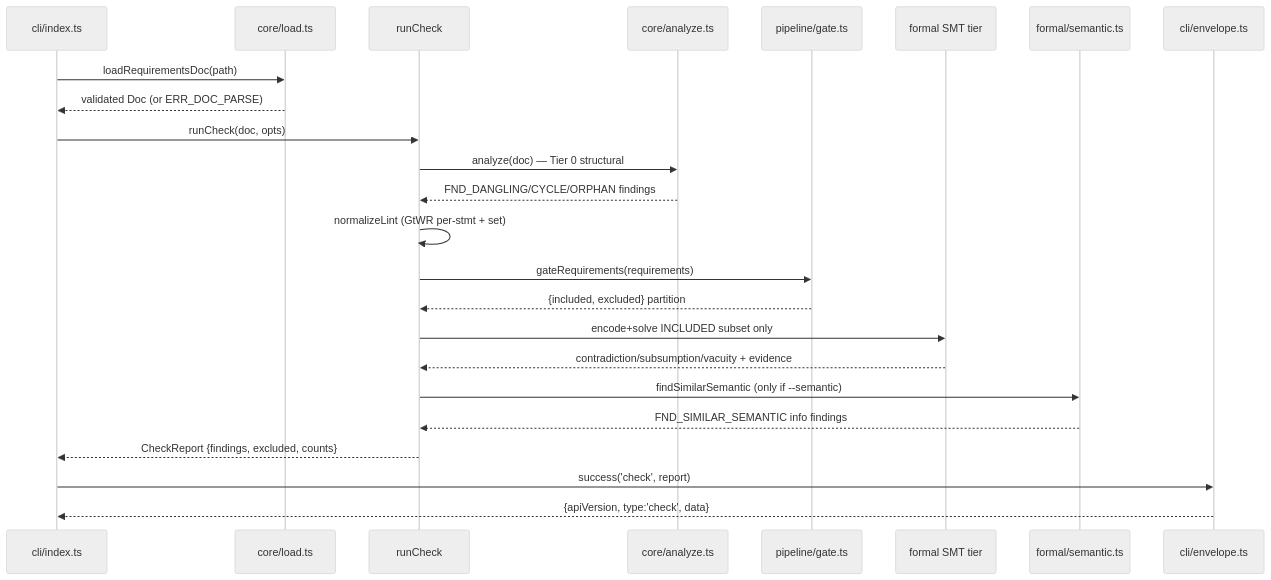
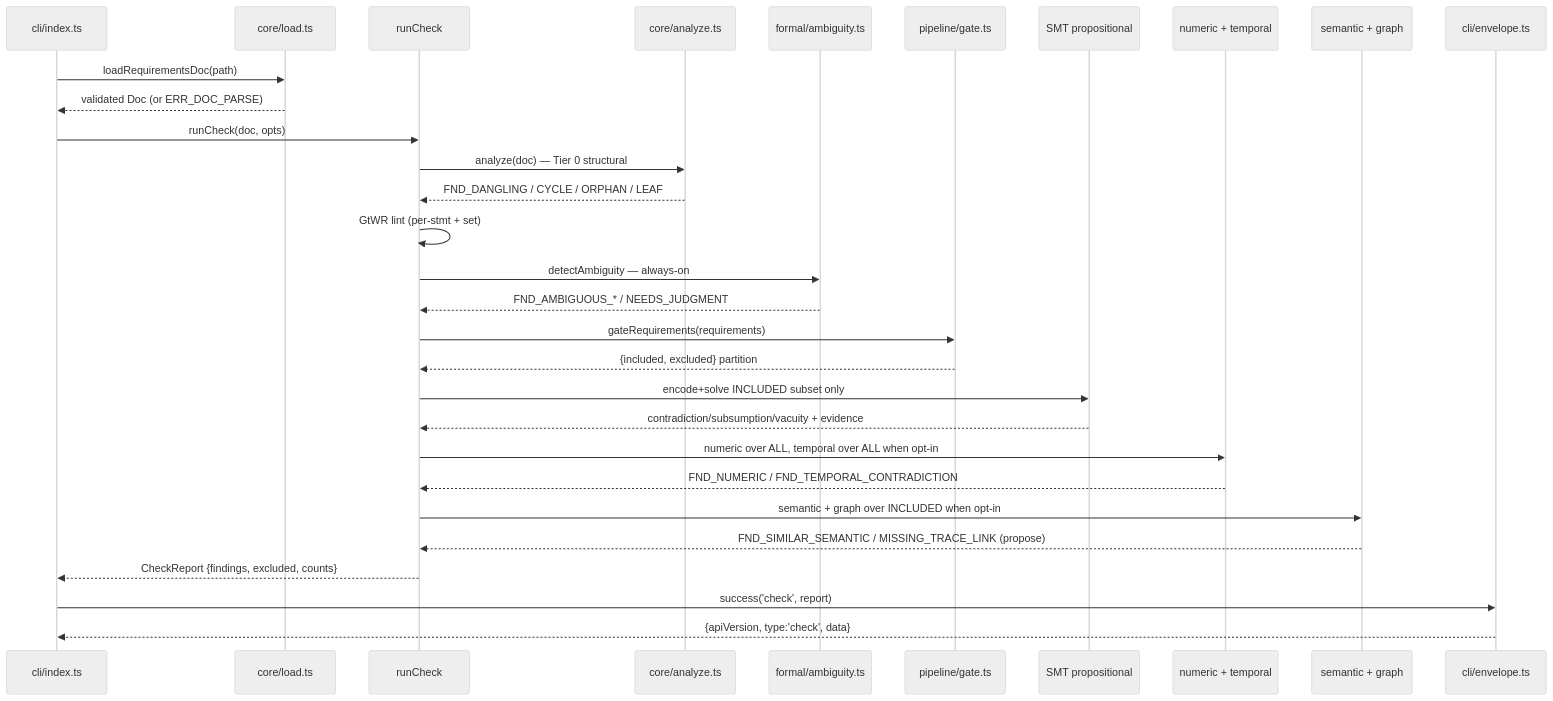
Before and after one commit to theagenticguy/symspec: the first of 3 diagrams in docs/architecture/data-flow.md, drawn with Mermaid (neutral theme). The commit also changed other lines of this file and 19 other files, not shown here.

````diff
--- a/docs/architecture/data-flow.md
+++ b/docs/architecture/data-flow.md
@@ -11,26 +11,32 @@
 ```mermaid
 sequenceDiagram
     participant CLI as cli/index.ts
     participant Load as core/load.ts
     participant Run as runCheck
     participant An as core/analyze.ts
+    participant Amb as formal/ambiguity.ts
     participant Gate as pipeline/gate.ts
-    participant SMT as formal SMT tier
-    participant Sem as formal/semantic.ts
+    participant SMT as SMT propositional
+    participant Num as numeric + temporal
+    participant Sem as semantic + graph
     participant Env as cli/envelope.ts
     CLI->>Load: loadRequirementsDoc(path)
     Load-->>CLI: validated Doc (or ERR_DOC_PARSE)
     CLI->>Run: runCheck(doc, opts)
     Run->>An: analyze(doc) — Tier 0 structural
-    An-->>Run: FND_DANGLING/CYCLE/ORPHAN findings
-    Run->>Run: normalizeLint (GtWR per-stmt + set)
+    An-->>Run: FND_DANGLING / CYCLE / ORPHAN / LEAF
+    Run->>Run: GtWR lint (per-stmt + set)
+    Run->>Amb: detectAmbiguity — always-on
+    Amb-->>Run: FND_AMBIGUOUS_* / NEEDS_JUDGMENT
     Run->>Gate: gateRequirements(requirements)
     Gate-->>Run: {included, excluded} partition
     Run->>SMT: encode+solve INCLUDED subset only
     SMT-->>Run: contradiction/subsumption/vacuity + evidence
-    Run->>Sem: findSimilarSemantic (only if --semantic)
-    Sem-->>Run: FND_SIMILAR_SEMANTIC info findings
+    Run->>Num: numeric over ALL, temporal over ALL when opt-in
+    Num-->>Run: FND_NUMERIC / FND_TEMPORAL_CONTRADICTION
+    Run->>Sem: semantic + graph over INCLUDED when opt-in
+    Sem-->>Run: FND_SIMILAR_SEMANTIC / MISSING_TRACE_LINK (propose)
     Run-->>CLI: CheckReport {findings, excluded, counts}
     CLI->>Env: success('check', report)
     Env-->>CLI: {apiVersion, type:'check', data}
 ```
````
